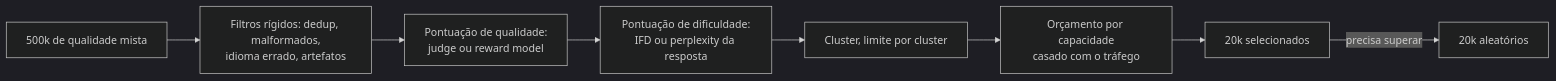
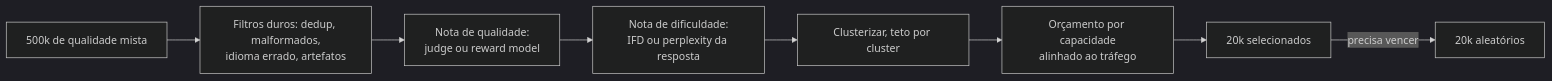
Diagram 19 of 29 in 05-fine-tuning-and-alignment/questions.pt-BR.md (andrevberaldo/AI-Engineer-Interview-Questions), drawn with Mermaid (dark theme) before and after one commit. The commit also changed other lines of this file and 1 other file, not shown here.

````diff
--- a/05-fine-tuning-and-alignment/questions.pt-BR.md
+++ b/05-fine-tuning-and-alignment/questions.pt-BR.md
@@ -916,10 +916,10 @@
 ```mermaid
 flowchart LR
-    A["500k de qualidade mista"] --> B["Filtros rígidos: dedup, malformados,<br/>idioma errado, artefatos"]
-    B --> C["Pontuação de qualidade:<br/>judge ou reward model"]
-    C --> D["Pontuação de dificuldade:<br/>IFD ou perplexity da resposta"]
-    D --> E["Cluster, limite por cluster"]
-    E --> F["Orçamento por capacidade<br/>casado com o tráfego"]
+    A["500k de qualidade mista"] --> B["Filtros duros: dedup, malformados,<br/>idioma errado, artefatos"]
+    B --> C["Nota de qualidade:<br/>judge ou reward model"]
+    C --> D["Nota de dificuldade:<br/>IFD ou perplexity da resposta"]
+    D --> E["Clusterizar, teto por cluster"]
+    E --> F["Orçamento por capacidade<br/>alinhado ao tráfego"]
     F --> G["20k selecionados"]
-    G -->|"precisa superar"| H["20k aleatórios"]
+    G -->|"precisa vencer"| H["20k aleatórios"]
 ```
````
